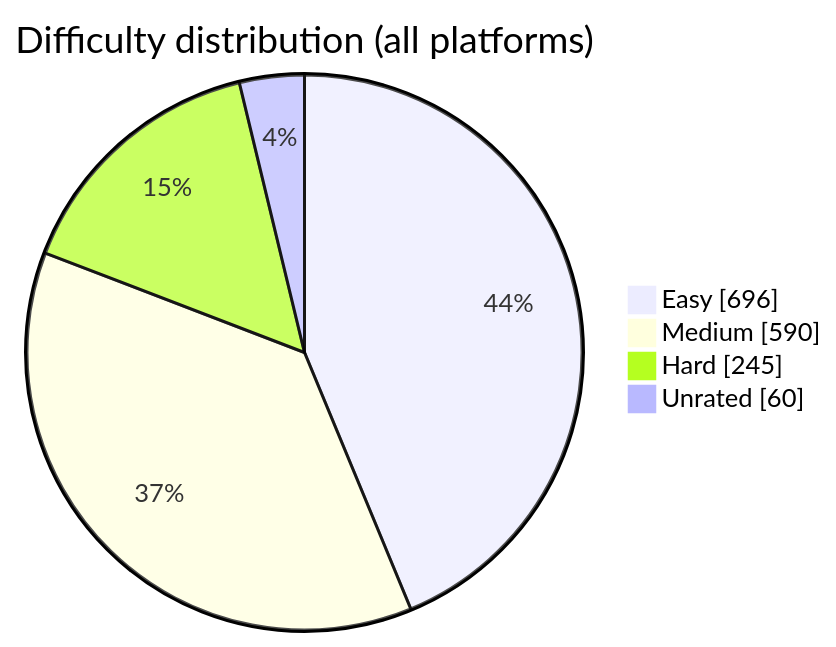
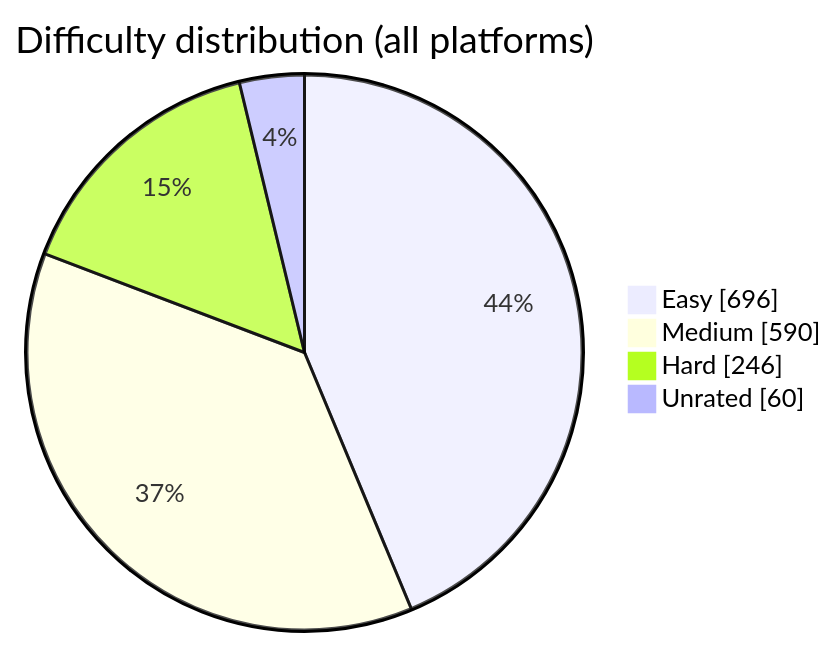
The diagram in README.md (BuildbyArindam/Daily-Coding-Log), drawn with Mermaid before and after one commit. The commit also changed other lines of this file, not shown here.

````diff
--- a/README.md
+++ b/README.md
@@ -93,7 +93,7 @@
 ```mermaid
 pie showData title Difficulty distribution (all platforms)
     "Easy" : 696
     "Medium" : 590
-    "Hard" : 245
+    "Hard" : 246
     "Unrated" : 60
 ```
````
